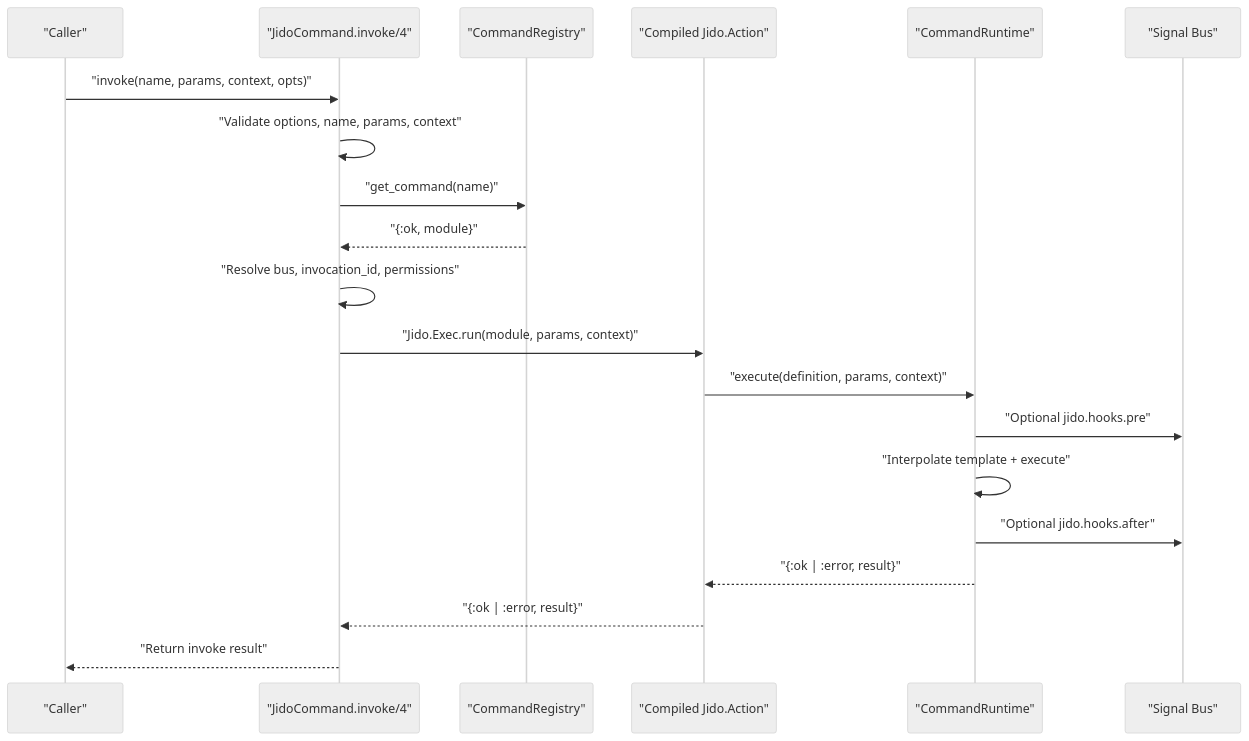
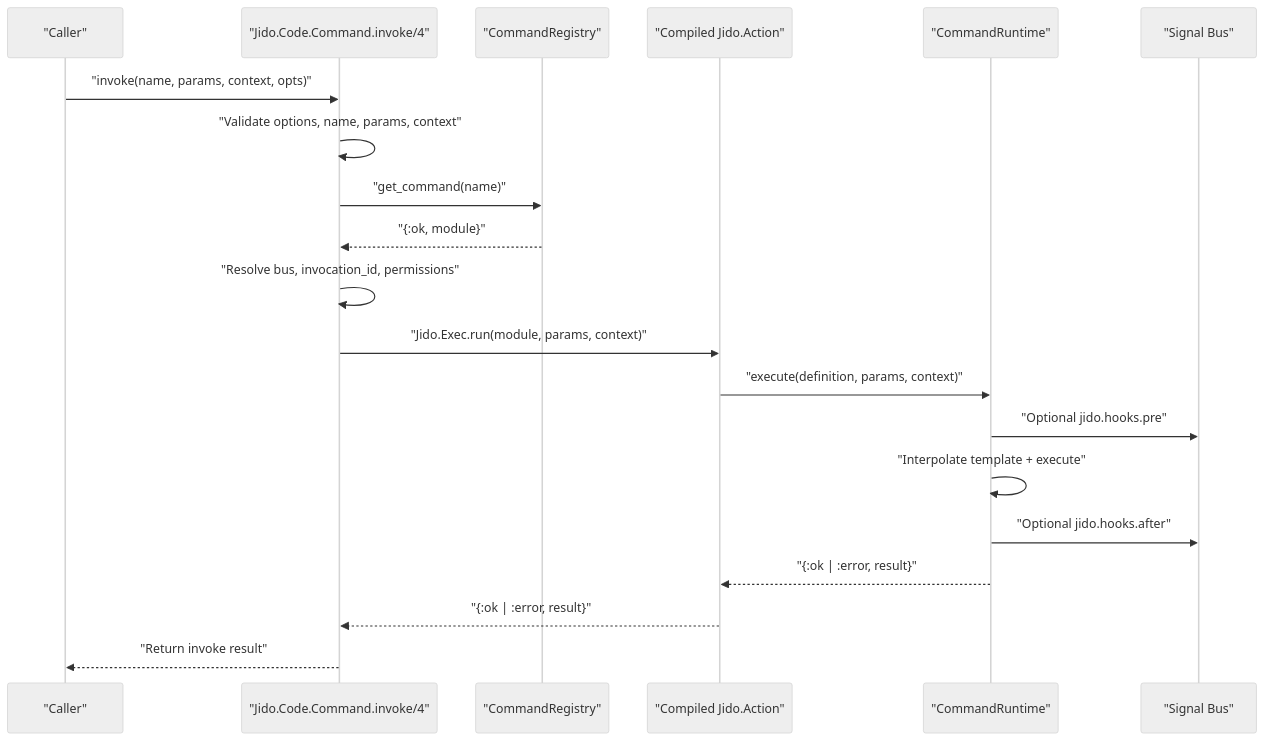
The first of 2 diagrams in docs/developer/command-lifecycle.md (pcharbon70/jido_command), drawn with Mermaid (neutral theme) before and after one commit. The commit also changed other lines of this file and 32 other files, not shown here.

Commit message:
Rename namespace to Jido.Code.Command

````diff
--- a/docs/developer/command-lifecycle.md
+++ b/docs/developer/command-lifecycle.md
@@ -7,23 +7,23 @@
 ```mermaid
 sequenceDiagram
   participant Caller as "Caller"
-  participant API as "JidoCommand.invoke/4"
+  participant API as "Jido.Code.Command.invoke/4"
   participant Registry as "CommandRegistry"
   participant Action as "Compiled Jido.Action"
   participant Runtime as "CommandRuntime"
   participant Bus as "Signal Bus"
 
   Caller->>API: "invoke(name, params, context, opts)"
   API->>API: "Validate options, name, params, context"
   API->>Registry: "get_command(name)"
   Registry-->>API: "{:ok, module}"
   API->>API: "Resolve bus, invocation_id, permissions"
   API->>Action: "Jido.Exec.run(module, params, context)"
   Action->>Runtime: "execute(definition, params, context)"
   Runtime->>Bus: "Optional jido.hooks.pre"
   Runtime->>Runtime: "Interpolate template + execute"
   Runtime->>Bus: "Optional jido.hooks.after"
   Runtime-->>Action: "{:ok | :error, result}"
   Action-->>API: "{:ok | :error, result}"
   API-->>Caller: "Return invoke result"
 ```
````
